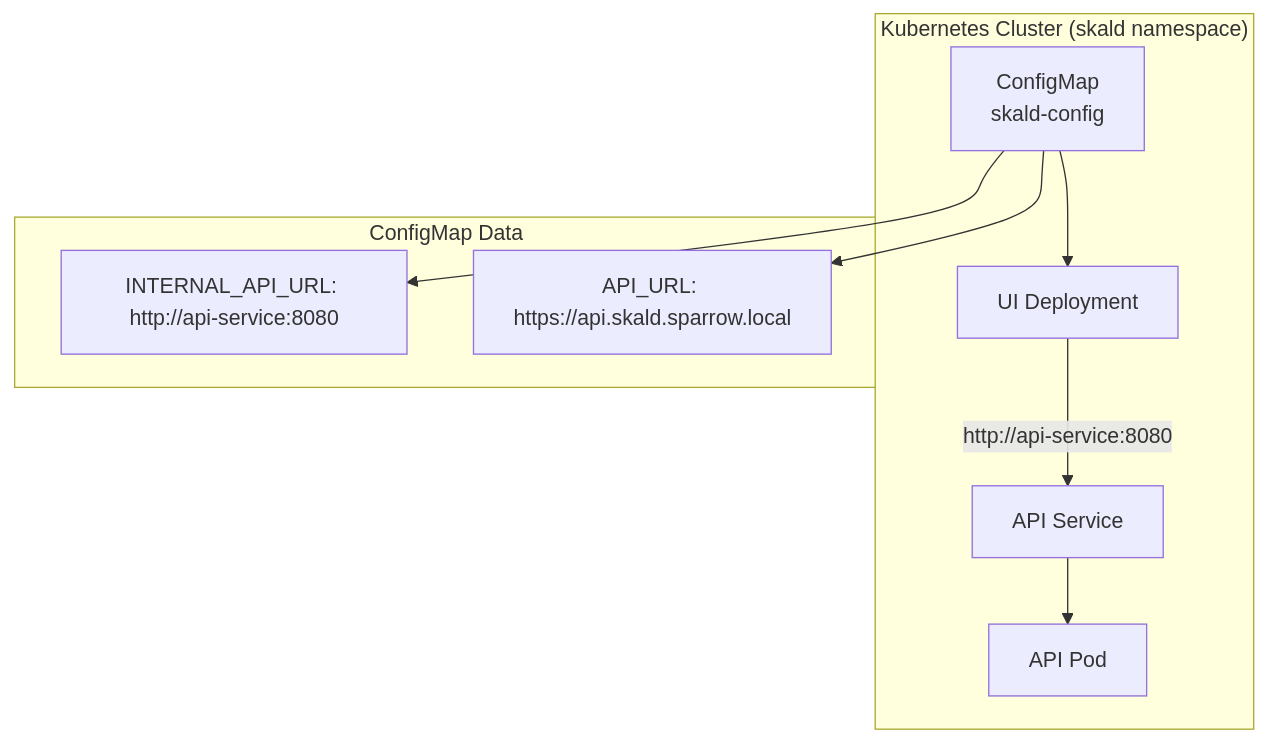
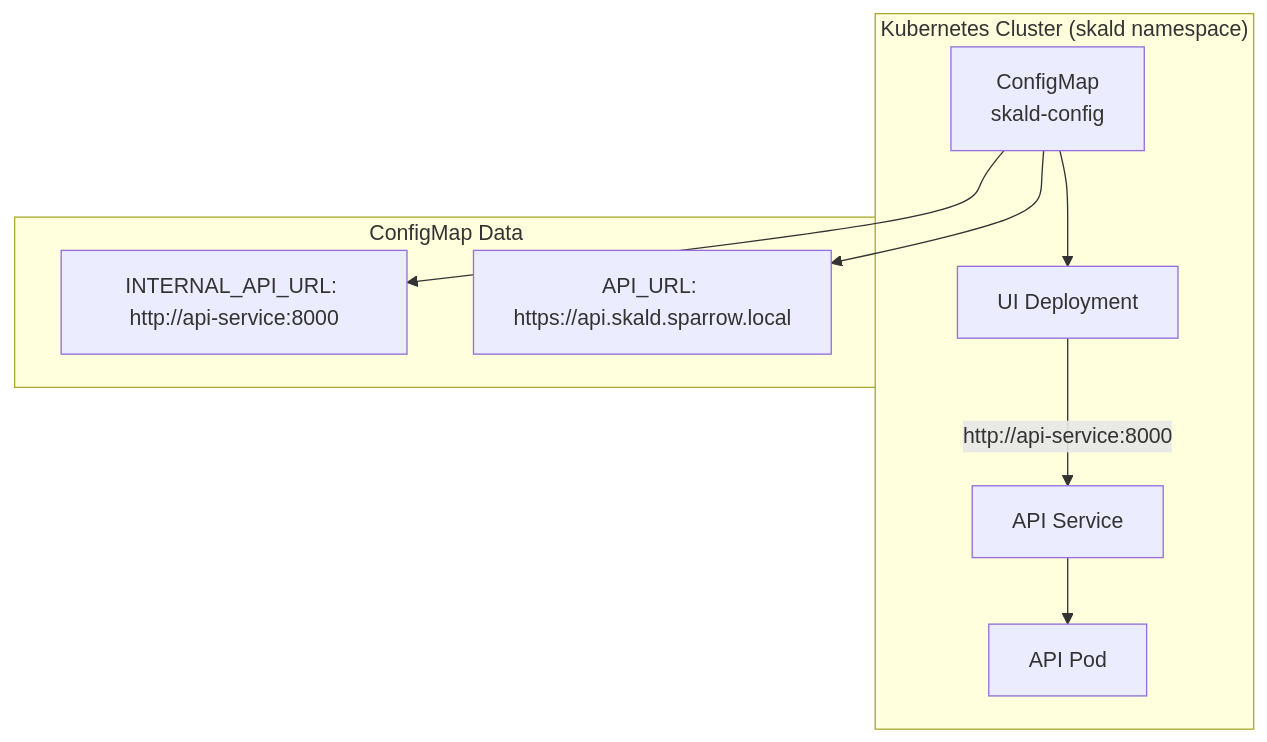
One commit to jc01rho/skald changed the diagram in k8s/api-url-architecture-design.md. Above: the diagram before and after it, drawn with Mermaid. The commit also changed other lines of this file and 2 other files, not shown here.

Commit message:
docs(k8s): correct UI architecture references

````diff
--- a/k8s/api-url-architecture-design.md
+++ b/k8s/api-url-architecture-design.md
@@ -141,16 +150,16 @@
 ```mermaid
 graph TB
     subgraph "Kubernetes Cluster (skald namespace)"
-        UI[UI Deployment] -->|http://api-service:8080| API[API Service]
+        UI[UI Deployment] -->|http://api-service:8000| API[API Service]
         API --> API_POD[API Pod]
         ConfigMap[ConfigMap<br/>skald-config] --> UI
     end
-    
+
     subgraph "ConfigMap Data"
-        INTERNAL_URL[INTERNAL_API_URL: http://api-service:8080]
+        INTERNAL_URL[INTERNAL_API_URL: http://api-service:8000]
         EXTERNAL_URL[API_URL: https://api.skald.sparrow.local]
     end
-    
+
     ConfigMap --> INTERNAL_URL
     ConfigMap --> EXTERNAL_URL
 ```
````
